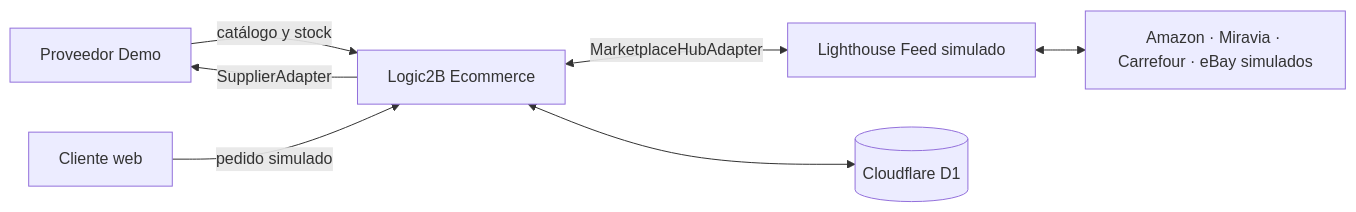
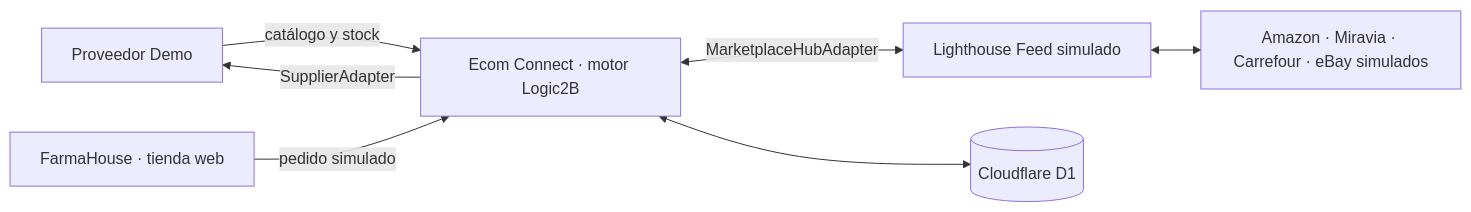
The diagram in README.md (amariner/ecom-connect), drawn with Mermaid before and after one commit. The commit also changed other lines of this file and 19 other files, not shown here.

````diff
--- a/README.md
+++ b/README.md
@@ -80,9 +91,9 @@
 ```mermaid
 flowchart LR
-  P[Proveedor Demo] -->|catálogo y stock| E[Logic2B Ecommerce]
-  W[Cliente web] -->|pedido simulado| E
+  P[Proveedor Demo] -->|catálogo y stock| E[Ecom Connect · motor Logic2B]
+  W[FarmaHouse · tienda web] -->|pedido simulado| E
   E -->|SupplierAdapter| P
   E <-->|MarketplaceHubAdapter| L[Lighthouse Feed simulado]
   L <--> M[Amazon · Miravia · Carrefour · eBay simulados]
   E <--> D[(Cloudflare D1)]
 ```
````
